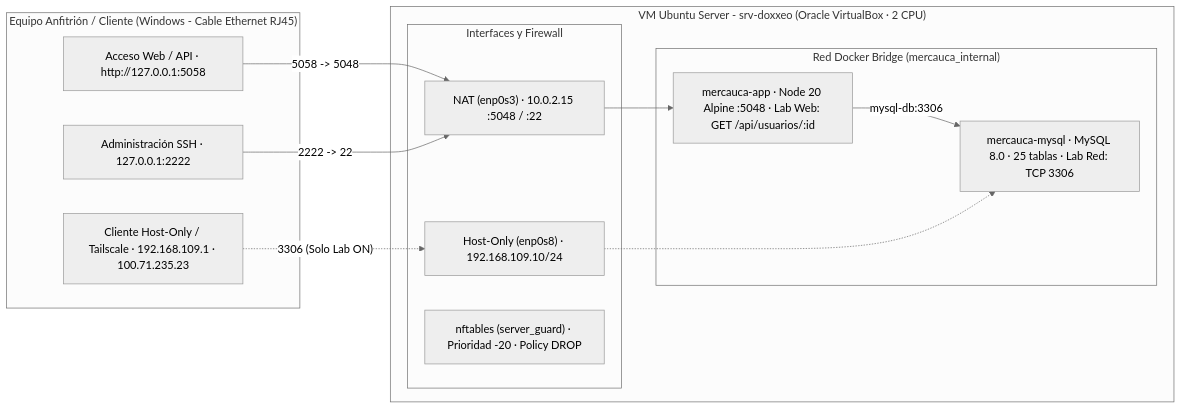
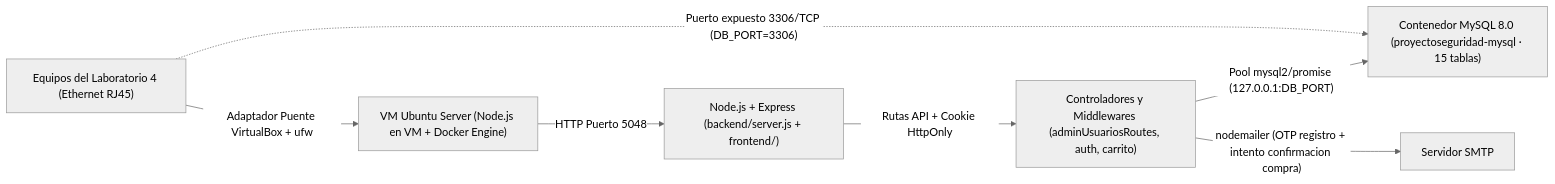
The diagram in README.md (biiluu/ProyectoSeguridad), drawn with Mermaid (neutral theme) before and after one commit. The commit also changed other lines of this file and 1 other file, not shown here.

````diff
--- a/README.md
+++ b/README.md
@@ -172,28 +145,9 @@
 ```mermaid
 flowchart LR
-    subgraph Host["Equipo Anfitrión / Cliente (Windows - Cable Ethernet RJ45)"]
-        Web["Acceso Web / API · http://127.0.0.1:5058"]
-        SSH["Administración SSH · 127.0.0.1:2222"]
-        LabCli["Cliente Host-Only / Tailscale · 192.168.109.1 · 100.71.235.23"]
-    end
-
-    subgraph VM["VM Ubuntu Server - srv-doxxeo (Oracle VirtualBox · 2 CPU)"]
-        subgraph Net["Interfaces y Firewall"]
-            NAT["NAT (enp0s3) · 10.0.2.15 :5048 / :22"]
-            HO["Host-Only (enp0s8) · 192.168.109.10/24"]
-            FW["nftables (server_guard) · Prioridad -20 · Policy DROP"]
-        end
-
-        subgraph Docker["Red Docker Bridge (mercauca_internal)"]
-            App["mercauca-app · Node 20 Alpine :5048 · Lab Web: GET /api/usuarios/:id"]
-            DB["mercauca-mysql · MySQL 8.0 · 25 tablas · Lab Red: TCP 3306"]
-            App -->|"mysql-db:3306"| DB
-        end
-    end
-
-    Web -->|"5058 -> 5048"| NAT
-    SSH -->|"2222 -> 22"| NAT
-    LabCli -.->|"3306 (Solo Lab ON)"| HO
-    NAT --> App
-    HO -.-> DB
+    ETH["Equipos del Laboratorio 4 (Ethernet RJ45)"] -->|"Adaptador Puente VirtualBox + ufw"| VM["VM Ubuntu Server (Node.js en VM + Docker Engine)"]
+    VM -->|"HTTP Puerto 5048"| APP["Node.js + Express (backend/server.js + frontend/)"]
+    ETH -.->|"Puerto expuesto 3306/TCP (DB_PORT=3306)"| DB["Contenedor MySQL 8.0 (proyectoseguridad-mysql · 15 tablas)"]
+    APP -->|"Rutas API + Cookie HttpOnly"| MOD["Controladores y Middlewares (adminUsuariosRoutes, auth, carrito)"]
+    MOD -->|"Pool mysql2/promise (127.0.0.1:DB_PORT)"| DB
+    MOD -->|"nodemailer (OTP registro + intento confirmacion compra)"| SMTP["Servidor SMTP"]
 ```
````
